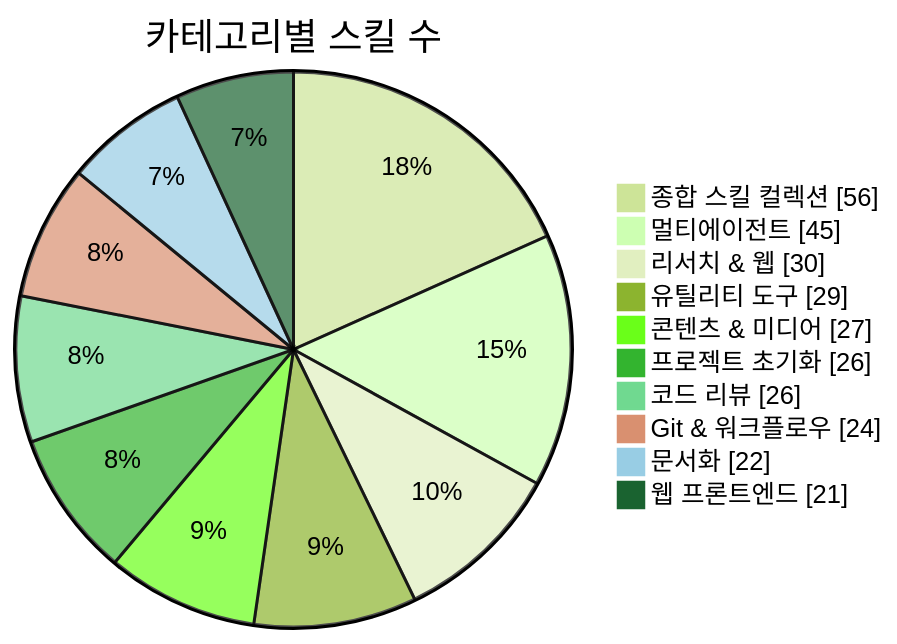
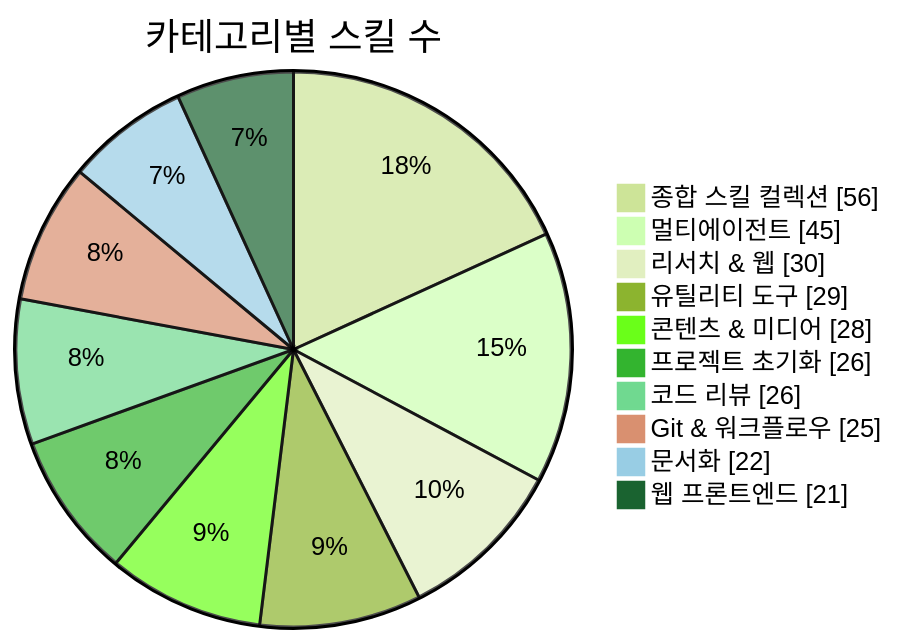
Before and after one commit to J-nowcow/awesome-korean-agent-skills: the first of 3 diagrams in README.md, drawn with Mermaid (forest theme). The commit also changed other lines of this file and 6 other files, not shown here.

````diff
--- a/README.md
+++ b/README.md
@@ -176,14 +176,14 @@
 ```mermaid
 pie showData
     title 카테고리별 스킬 수
     "종합 스킬 컬렉션" : 56
     "멀티에이전트" : 45
     "리서치 & 웹" : 30
     "유틸리티 도구" : 29
-    "콘텐츠 & 미디어" : 27
+    "콘텐츠 & 미디어" : 28
     "프로젝트 초기화" : 26
     "코드 리뷰" : 26
-    "Git & 워크플로우" : 24
+    "Git & 워크플로우" : 25
     "문서화" : 22
     "웹 프론트엔드" : 21
 ```
````
